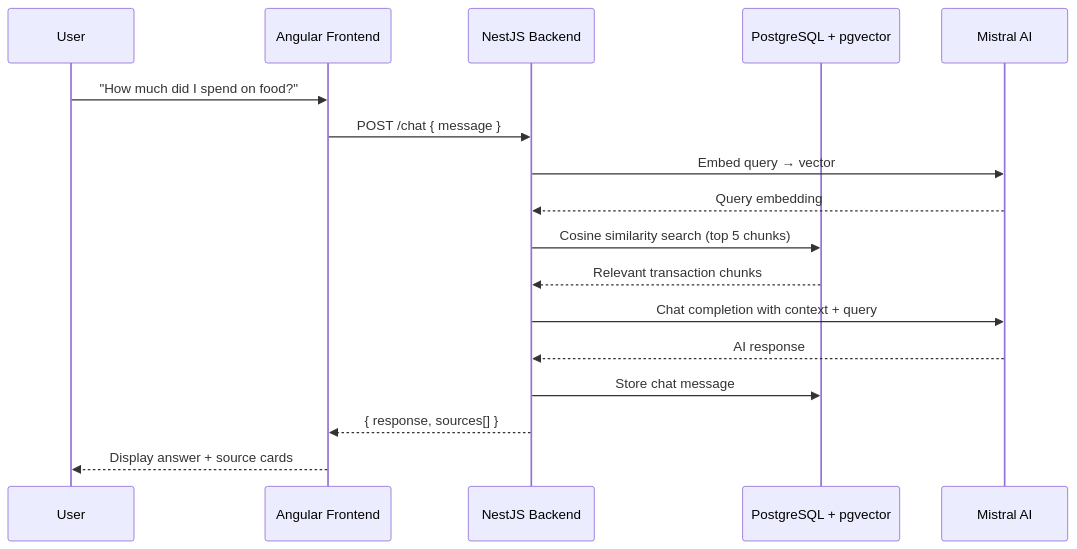
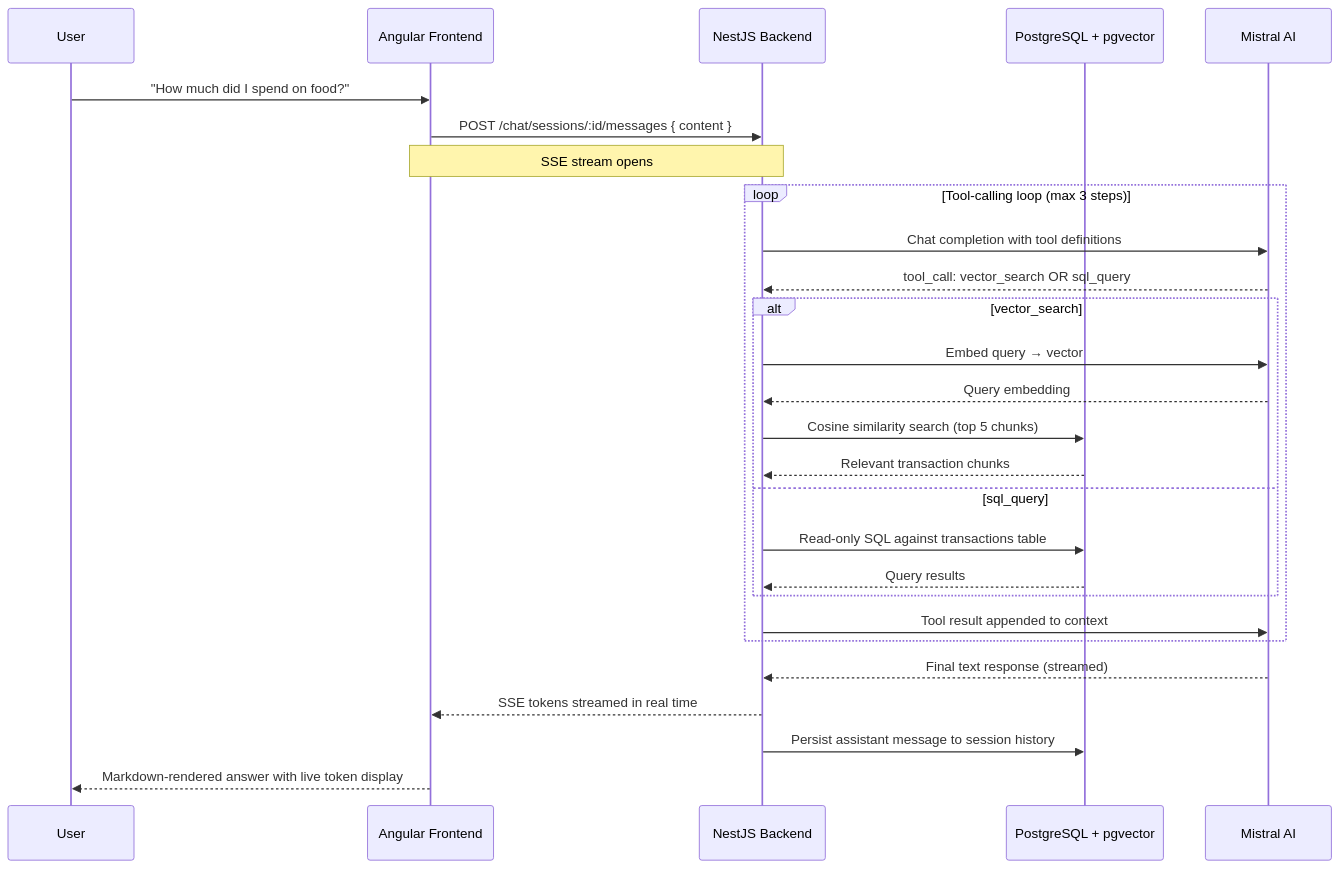
One commit to darth-dodo/ledger changed the second of 4 diagrams in docs/product.md. Above: the diagram before and after it, drawn with Mermaid. The commit also changed other lines of this file and 2 other files, not shown here.

First line of the commit message:
docs: update architecture, product, and CLAUDE.md for M5 RAG Chat

````diff
--- a/docs/product.md
+++ b/docs/product.md
@@ -78,20 +85,34 @@
 ```mermaid
 sequenceDiagram
     participant U as User
     participant FE as Angular Frontend
     participant BE as NestJS Backend
     participant PG as PostgreSQL + pgvector
     participant AI as Mistral AI
 
     U->>FE: "How much did I spend on food?"
-    FE->>BE: POST /chat { message }
-    BE->>AI: Embed query → vector
-    AI-->>BE: Query embedding
-    BE->>PG: Cosine similarity search (top 5 chunks)
-    PG-->>BE: Relevant transaction chunks
-    BE->>AI: Chat completion with context + query
-    AI-->>BE: AI response
-    BE->>PG: Store chat message
-    BE-->>FE: { response, sources[] }
-    FE-->>U: Display answer + source cards
+    FE->>BE: POST /chat/sessions/:id/messages { content }
+    Note over FE,BE: SSE stream opens
+
+    loop Tool-calling loop (max 3 steps)
+        BE->>AI: Chat completion with tool definitions
+        AI-->>BE: tool_call: vector_search OR sql_query
+
+        alt vector_search
+            BE->>AI: Embed query → vector
+            AI-->>BE: Query embedding
+            BE->>PG: Cosine similarity search (top 5 chunks)
+            PG-->>BE: Relevant transaction chunks
+        else sql_query
+            BE->>PG: Read-only SQL against transactions table
+            PG-->>BE: Query results
+        end
+
+        BE->>AI: Tool result appended to context
+    end
+
+    AI-->>BE: Final text response (streamed)
+    BE-->>FE: SSE tokens streamed in real time
+    BE->>PG: Persist assistant message to session history
+    FE-->>U: Markdown-rendered answer with live token display
 ```
````
